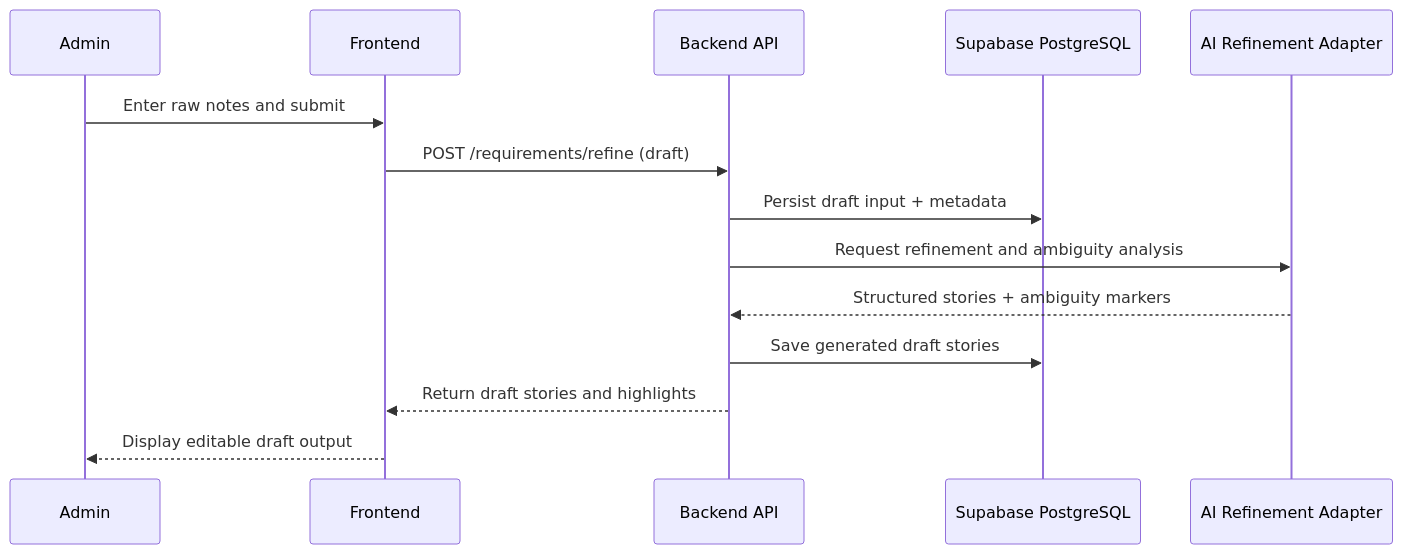
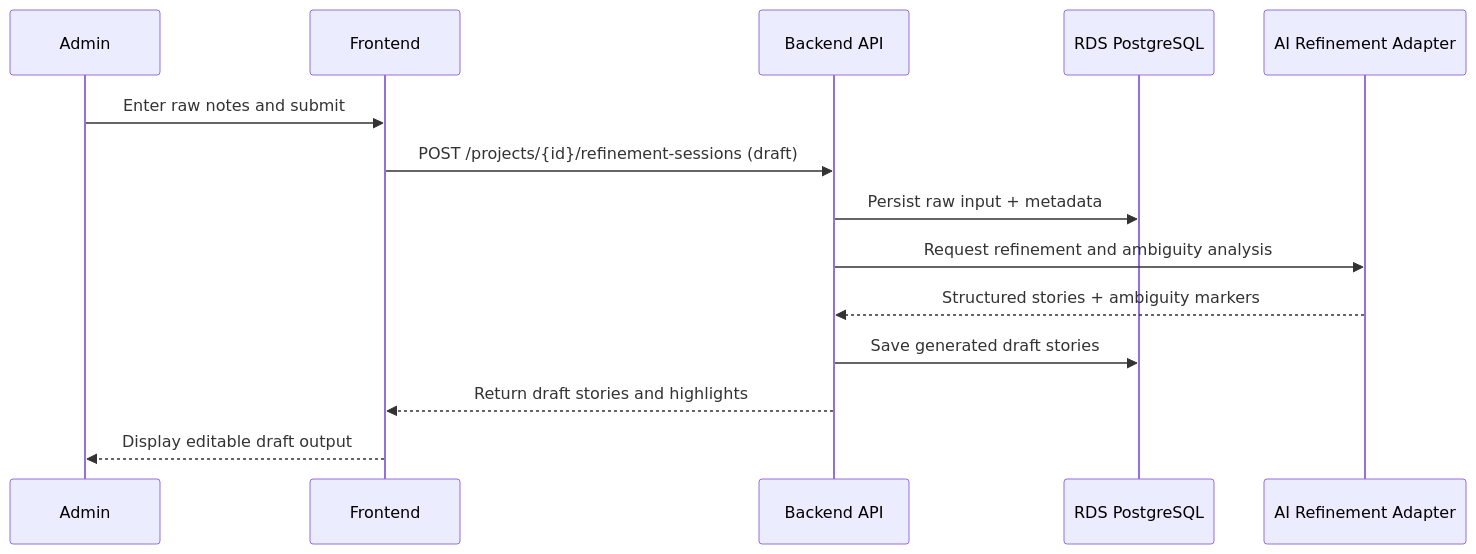
Before and after one commit to alonsovndev/open-projects-hub-docs: the second of 13 diagrams in docs/03-architecture/diagrams/sequence-diagrams.md, drawn with Mermaid. The commit also changed other lines of this file and 1 other file, not shown here.

Commit message:
docs: add mermaid sequence diagrams

````diff
--- a/docs/03-architecture/diagrams/sequence-diagrams.md
+++ b/docs/03-architecture/diagrams/sequence-diagrams.md
@@ -39,17 +54,17 @@
 ```mermaid
 sequenceDiagram
     participant Admin
     participant FE as Frontend
     participant BE as Backend API
-    participant DB as Supabase PostgreSQL
+    participant DB as RDS PostgreSQL
     participant AI as AI Refinement Adapter
 
     Admin->>FE: Enter raw notes and submit
-    FE->>BE: POST /requirements/refine (draft)
-    BE->>DB: Persist draft input + metadata
+    FE->>BE: POST /projects/{id}/refinement-sessions (draft)
+    BE->>DB: Persist raw input + metadata
     BE->>AI: Request refinement and ambiguity analysis
     AI-->>BE: Structured stories + ambiguity markers
     BE->>DB: Save generated draft stories
     BE-->>FE: Return draft stories and highlights
     FE-->>Admin: Display editable draft output
 ```
````
